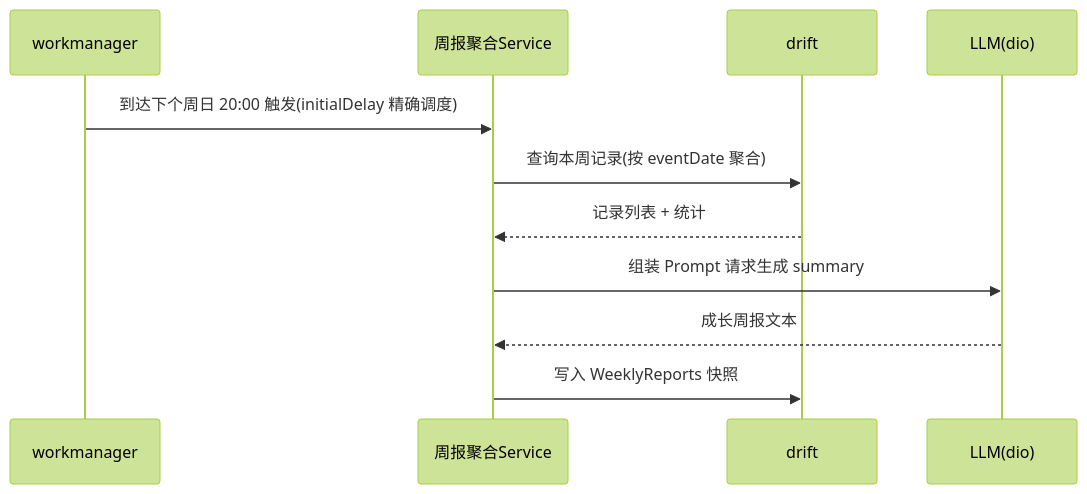
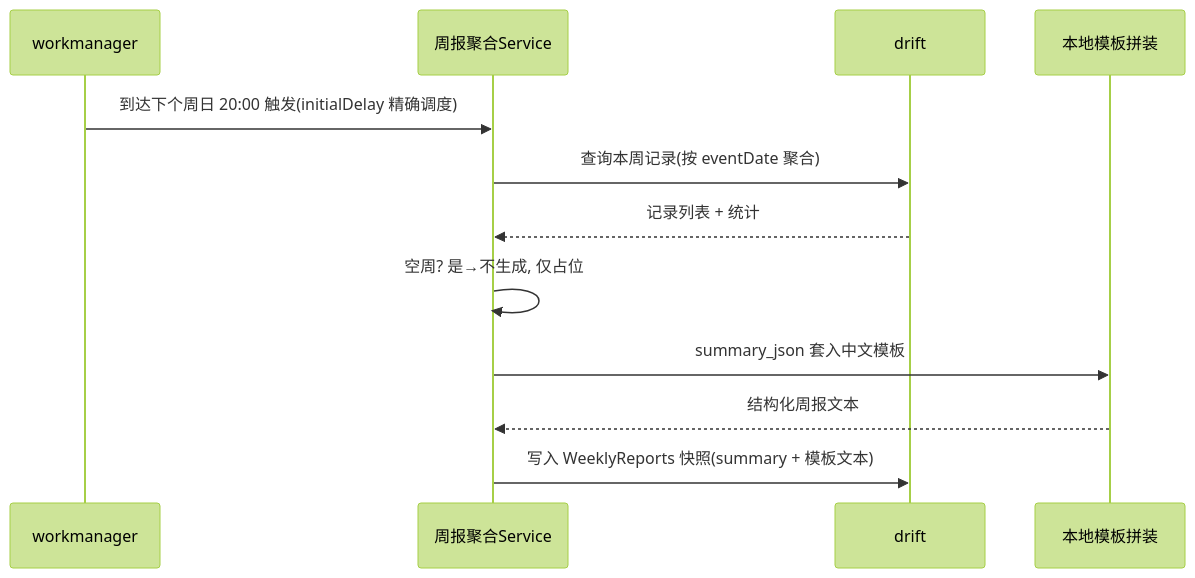
Before and after one commit to liwshuo/sprout: the fourth of 7 diagrams in docs/技术方案.md, drawn with Mermaid (forest theme). The commit also changed other lines of this file and 23 other files, not shown here.

````diff
--- a/docs/技术方案.md
+++ b/docs/技术方案.md
@@ -746,13 +774,14 @@
 ```mermaid
 sequenceDiagram
     participant WM as workmanager
     participant SVC as 周报聚合Service
     participant DB as drift
-    participant LLM as LLM(dio)
+    participant TPL as 本地模板拼装
     WM->>SVC: 到达下个周日 20:00 触发(initialDelay 精确调度)
     SVC->>DB: 查询本周记录(按 eventDate 聚合)
     DB-->>SVC: 记录列表 + 统计
-    SVC->>LLM: 组装 Prompt 请求生成 summary
-    LLM-->>SVC: 成长周报文本
-    SVC->>DB: 写入 WeeklyReports 快照
+    SVC->>SVC: 空周? 是→不生成, 仅占位
+    SVC->>TPL: summary_json 套入中文模板
+    TPL-->>SVC: 结构化周报文本
+    SVC->>DB: 写入 WeeklyReports 快照(summary + 模板文本)
 ```
````
